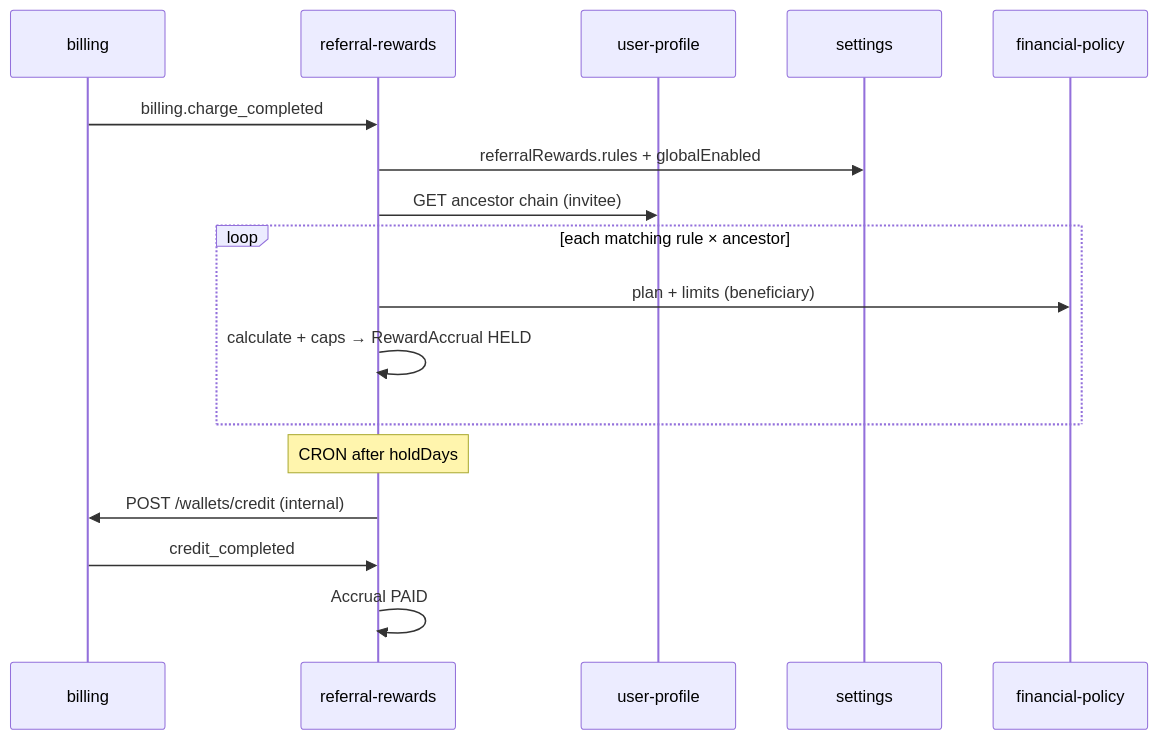
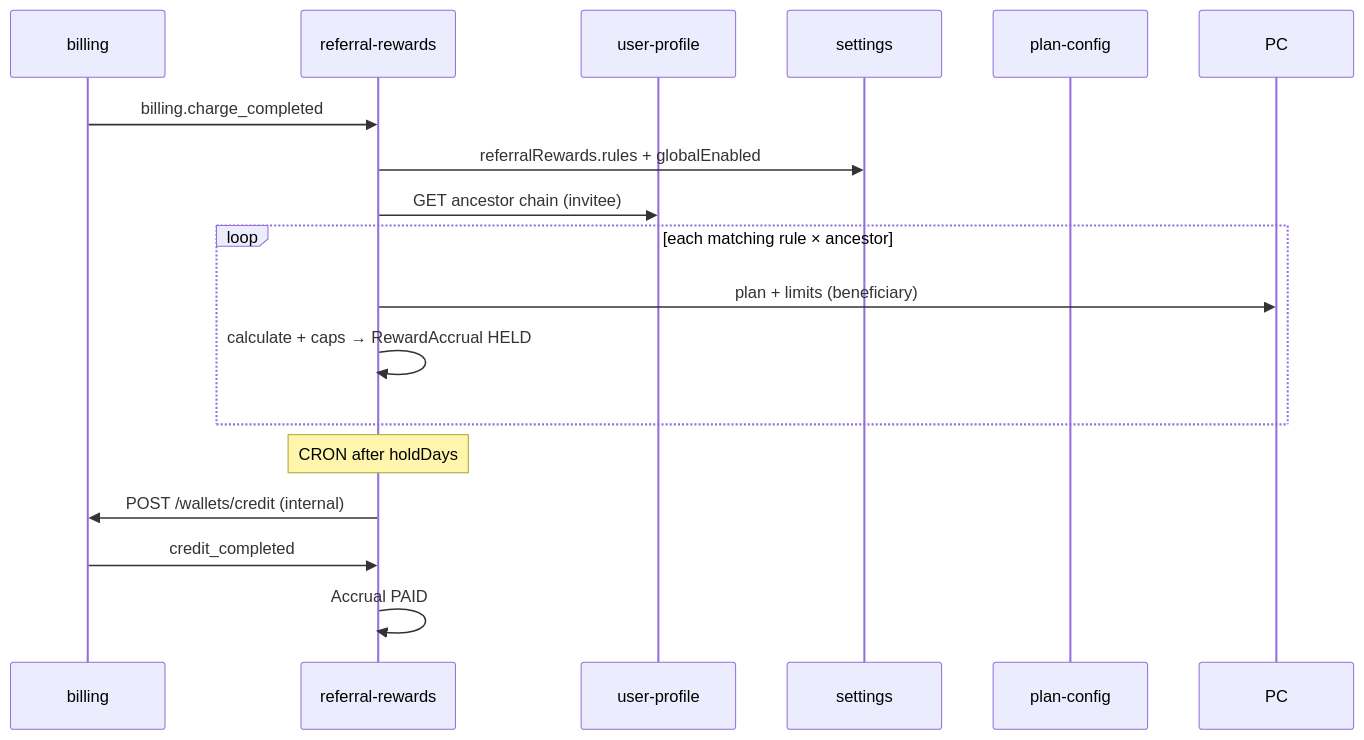
Before and after one commit to andrewb76/tavrida: the second of 2 diagrams in docs/05-microservices/referral-rewards/requirements/analysis.md, drawn with Mermaid. The commit also changed other lines of this file and 86 other files, not shown here.

First line of the commit message:
docs(config): align on plan-config/scalar-config and semantic plan keys.

````diff
--- a/docs/05-microservices/referral-rewards/requirements/analysis.md
+++ b/docs/05-microservices/referral-rewards/requirements/analysis.md
@@ -150,20 +150,20 @@
 ```mermaid
 sequenceDiagram
     participant B as billing
     participant R as referral-rewards
     participant UP as user-profile
     participant S as settings
-    participant FP as financial-policy
+    participant plan-config as plan-config
 
     B->>R: billing.charge_completed
     R->>S: referralRewards.rules + globalEnabled
     R->>UP: GET ancestor chain (invitee)
     loop each matching rule × ancestor
-        R->>FP: plan + limits (beneficiary)
+        R->>PC: plan + limits (beneficiary)
         R->>R: calculate + caps → RewardAccrual HELD
     end
     Note over R: CRON after holdDays
     R->>B: POST /wallets/credit (internal)
     B->>R: credit_completed
     R->>R: Accrual PAID
 ```
````
